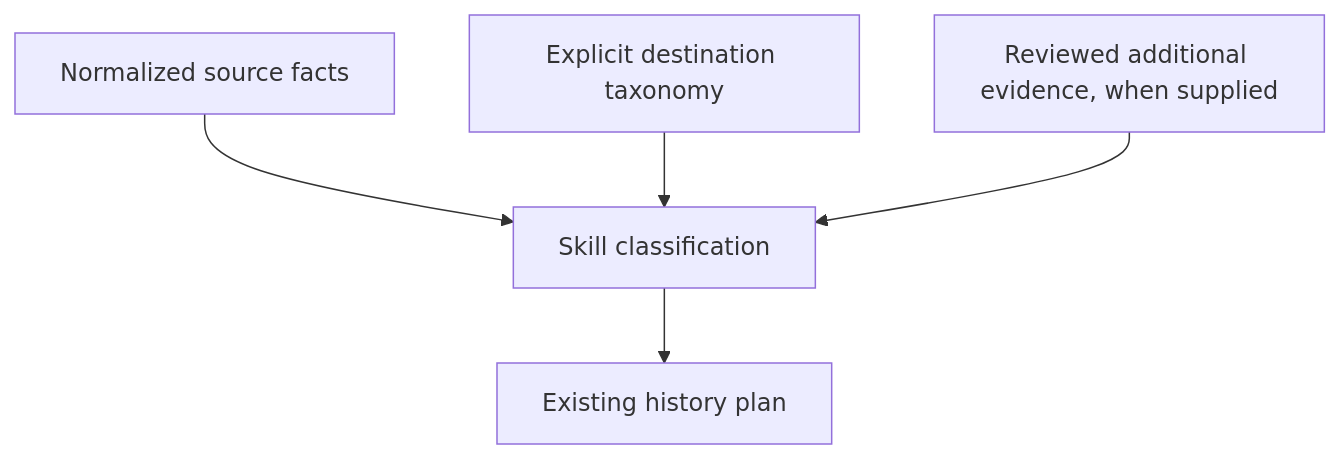
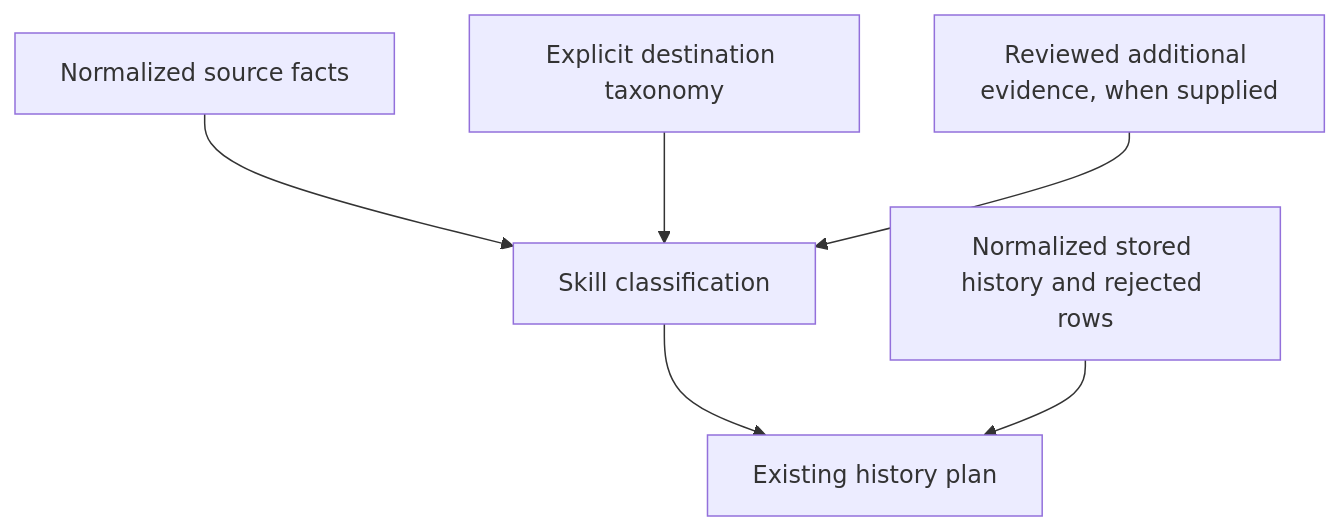
The diagram in references/invitation-classification.md (flair-agency/live-agency-creator-invitation-eligibility-record), drawn with Mermaid before and after one commit. The commit also changed other lines of this file and 4 other files, not shown here.

Commit message:
Plan invitation updates from normalized history

````diff
--- a/references/invitation-classification.md
+++ b/references/invitation-classification.md
@@ -9,7 +9,8 @@
 ```mermaid
 flowchart TD
   Source[Normalized source facts] --> Classify[Skill classification]
   Taxonomy[Explicit destination taxonomy] --> Classify
   Evidence[Reviewed additional evidence, when supplied] --> Classify
   Classify --> Plan[Existing history plan]
+  History[Normalized stored history and rejected rows] --> Plan
 ```
````
